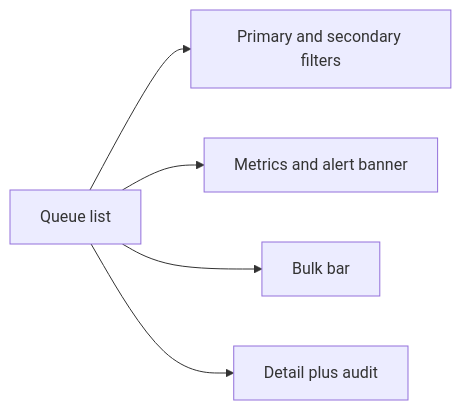
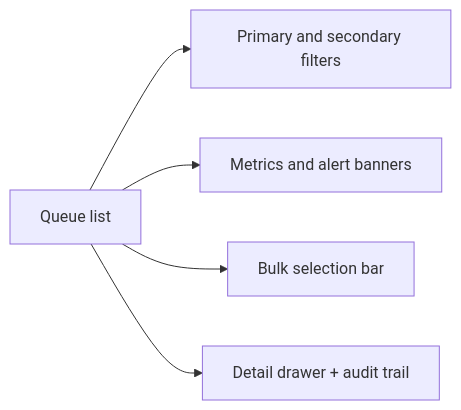
One commit to 01laky/many_faces_admin changed the fourth of 5 diagrams in README.md. Above: the diagram before and after it, drawn with Mermaid. The commit also changed other lines of this file, not shown here.

````diff
--- a/README.md
+++ b/README.md
@@ -112,7 +153,7 @@
 ```mermaid
 flowchart LR
-  L[Queue list] --> F[Primary and secondary filters]
-  L --> M[Metrics and alert banner]
-  L --> B[Bulk bar]
-  L --> D[Detail plus audit]
+    L[Queue list] --> F[Primary and secondary filters]
+    L --> M[Metrics and alert banners]
+    L --> B[Bulk selection bar]
+    L --> D[Detail drawer + audit trail]
 ```
````
